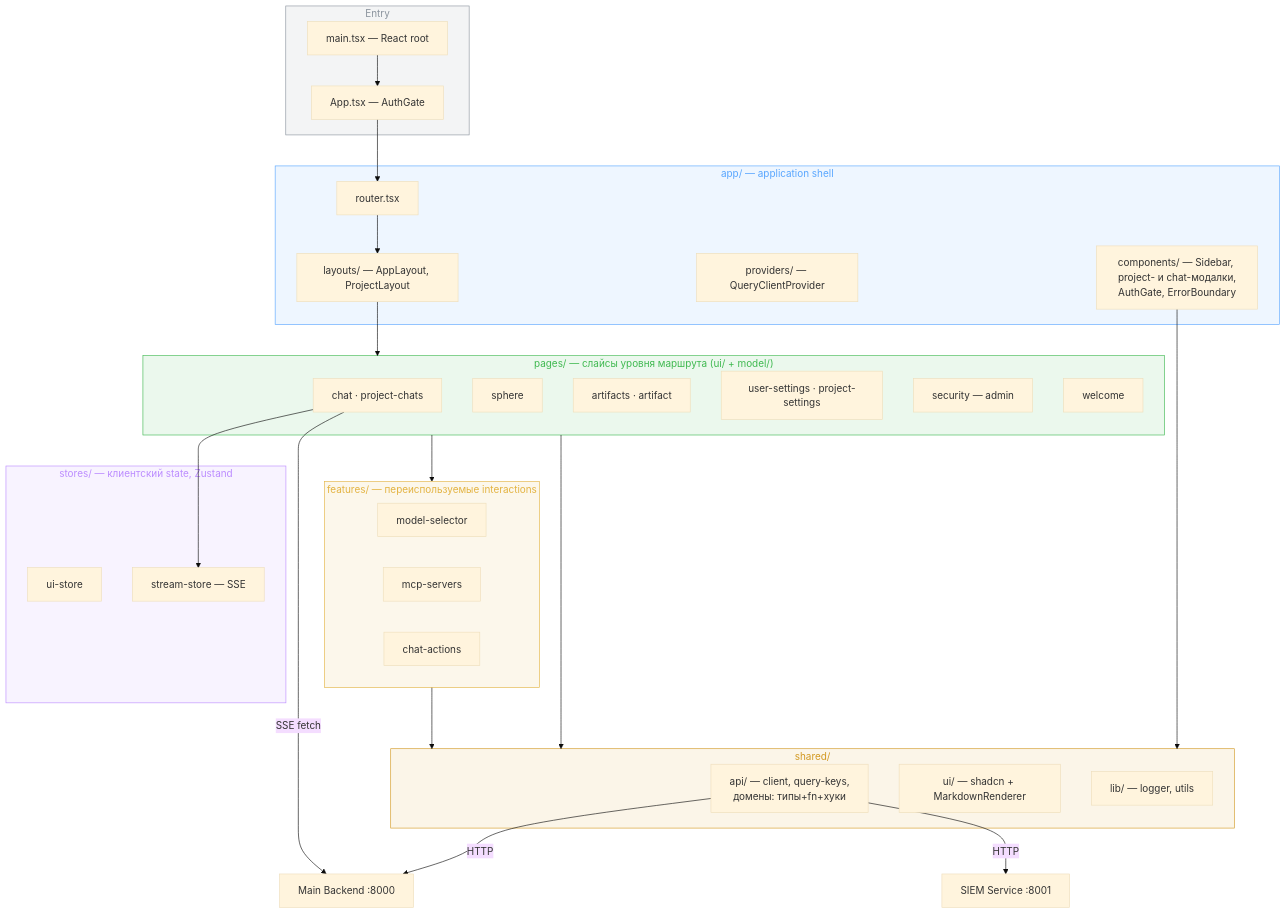
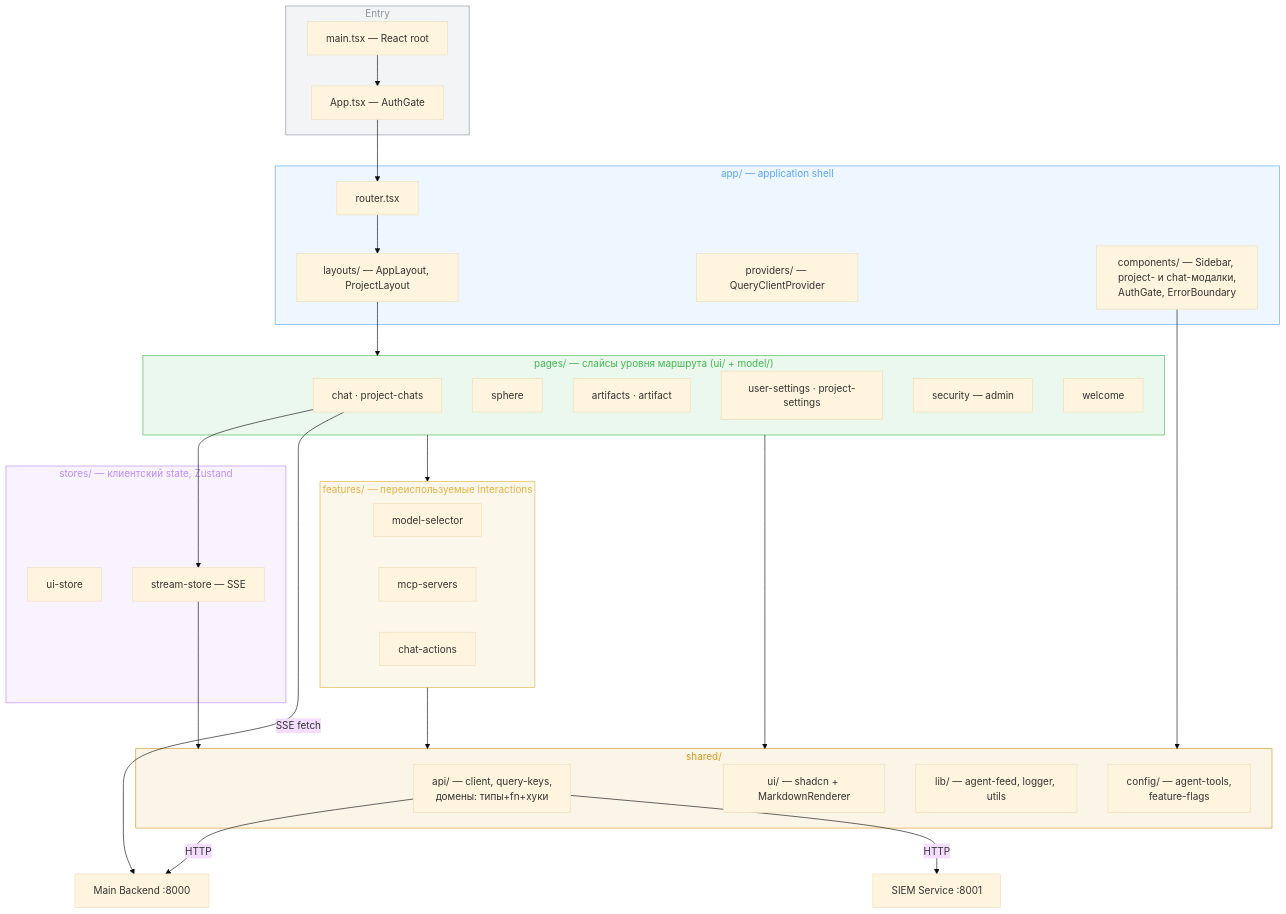
The second of 2 diagrams in doc/tech/frontend.md (Bbar0n234/learnflow-ai), drawn with Mermaid (base theme) before and after one commit. The commit also changed other lines of this file and 12 other files, not shown here.

````diff
--- a/doc/tech/frontend.md
+++ b/doc/tech/frontend.md
@@ -344,63 +349,65 @@
 ```mermaid
 graph TD
     BE["Main Backend :8000"]
     SIEMS["SIEM Service :8001"]
 
     subgraph ENTRY["Entry"]
         MAINX["main.tsx — React root"]
         APPX["App.tsx — AuthGate"]
     end
 
     subgraph SHELL["app/ — application shell"]
         ROUTERX["router.tsx"]
         LAY["layouts/ — AppLayout, ProjectLayout"]
         PROVX["providers/ — QueryClientProvider"]
         ACOMP["components/ — Sidebar, project- и chat-модалки,<br>AuthGate, ErrorBoundary"]
     end
 
     subgraph PAGESL["pages/ — слайсы уровня маршрута (ui/ + model/)"]
         CHATP["chat · project-chats"]
         SPHP["sphere"]
         ARTP["artifacts · artifact"]
         SETP["user-settings · project-settings"]
         SECP["security — admin"]
         WELP["welcome"]
     end
 
     subgraph FEATSL["features/ — переиспользуемые interactions"]
         MSEL["model-selector"]
         MCPF["mcp-servers"]
         CHACT["chat-actions"]
     end
 
     subgraph CLST["stores/ — клиентский state, Zustand"]
         UIST["ui-store"]
         STST["stream-store — SSE"]
     end
 
     subgraph SHRD["shared/"]
         APIX["api/ — client, query-keys,<br>домены: типы+fn+хуки"]
         UIX["ui/ — shadcn + MarkdownRenderer"]
-        LIBX["lib/ — logger, utils"]
+        LIBX["lib/ — agent-feed, logger, utils"]
+        CFGX["config/ — agent-tools,<br>feature-flags"]
     end
 
     MAINX --> APPX
     APPX --> ROUTERX
     ROUTERX --> LAY
     LAY --> PAGESL
     PAGESL --> FEATSL
     PAGESL --> SHRD
     FEATSL --> SHRD
     ACOMP --> SHRD
     CHATP --> STST
+    STST --> SHRD
     APIX -->|HTTP| BE
     APIX -->|HTTP| SIEMS
     CHATP -->|"SSE fetch"| BE
 
     style ENTRY fill:#8b949e1a,stroke:#8b949e,color:#8b949e
     style SHELL fill:#58a6ff1a,stroke:#58a6ff,color:#58a6ff
     style PAGESL fill:#3fb9501a,stroke:#3fb950,color:#3fb950
     style FEATSL fill:#e3b3411a,stroke:#e3b341,color:#e3b341
     style CLST fill:#bc8cff1a,stroke:#bc8cff,color:#bc8cff
     style SHRD fill:#d299221a,stroke:#d29922,color:#d29922
 ```
````
